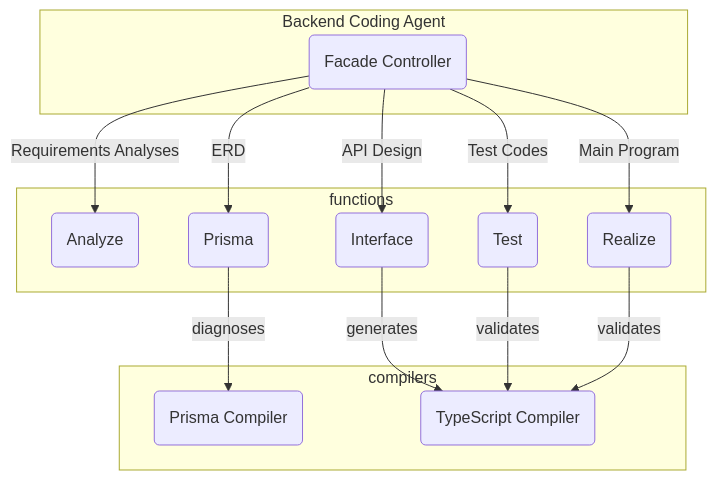
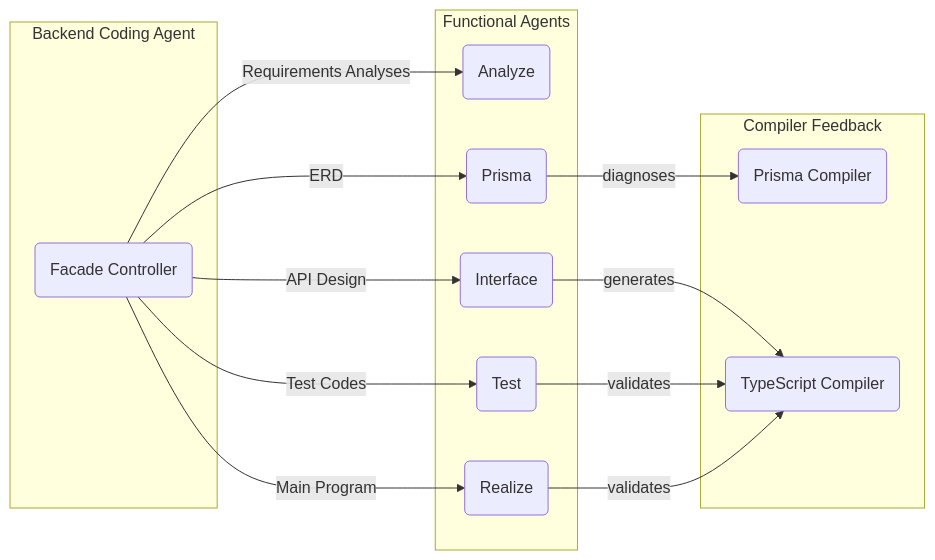
Before and after one commit to RavenView-ai/autobe: the first of 3 diagrams in README.md, drawn with Mermaid. The commit also changed other lines of this file, not shown here.

````diff
--- a/README.md
+++ b/README.md
@@ -23,19 +24,19 @@
 ```mermaid
-flowchart
+flowchart LR
 subgraph "Backend Coding Agent"
   coder("Facade Controller")
 end
-subgraph "functions"
+subgraph "Functional Agents"
   coder --"Requirements Analyses"--> analyze("Analyze")
   coder --"ERD"--> prisma("Prisma")
   coder --"API Design"--> interface("Interface")
   coder --"Test Codes" --> test("Test")
   coder --"Main Program" --> realize("Realize")
 end
-subgraph "compilers"
+subgraph "Compiler Feedback"
   prisma --"diagnoses" --> prismaCompiler("Prisma Compiler")
   interface --"generates" --> tsCompiler("TypeScript Compiler")
   test --"validates" --> tsCompiler("TypeScript Compiler")
   realize --"validates" --> tsCompiler("TypeScript Compiler")
 end
 ```
````
